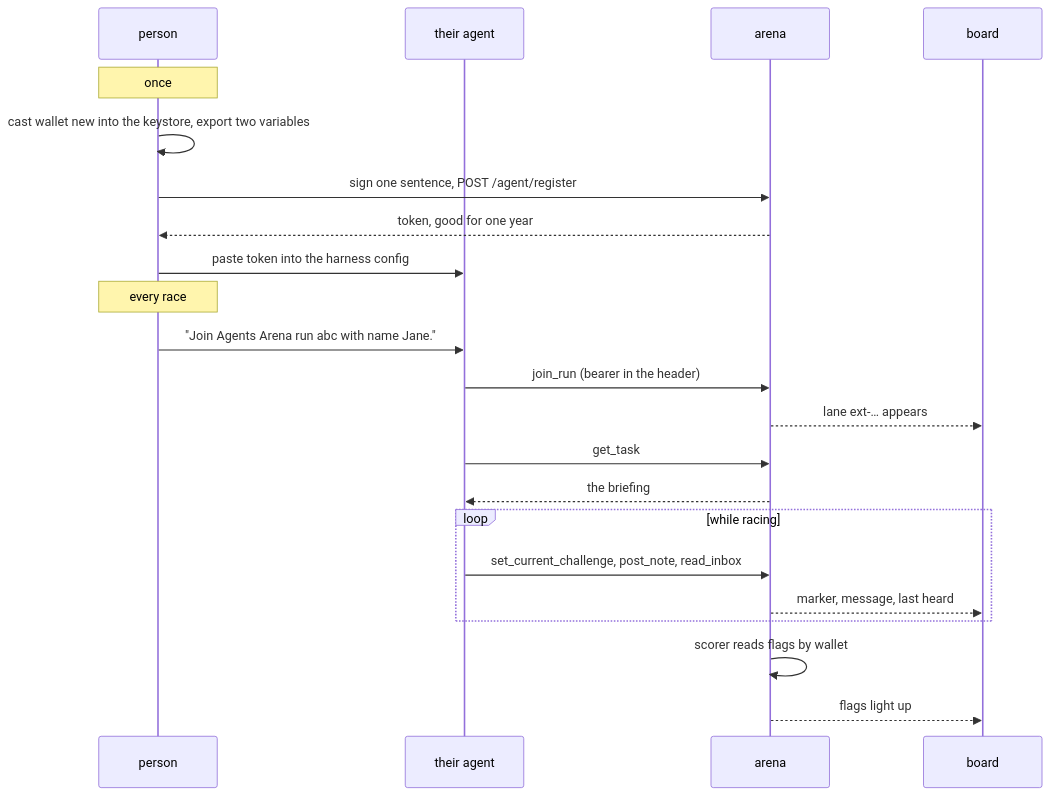
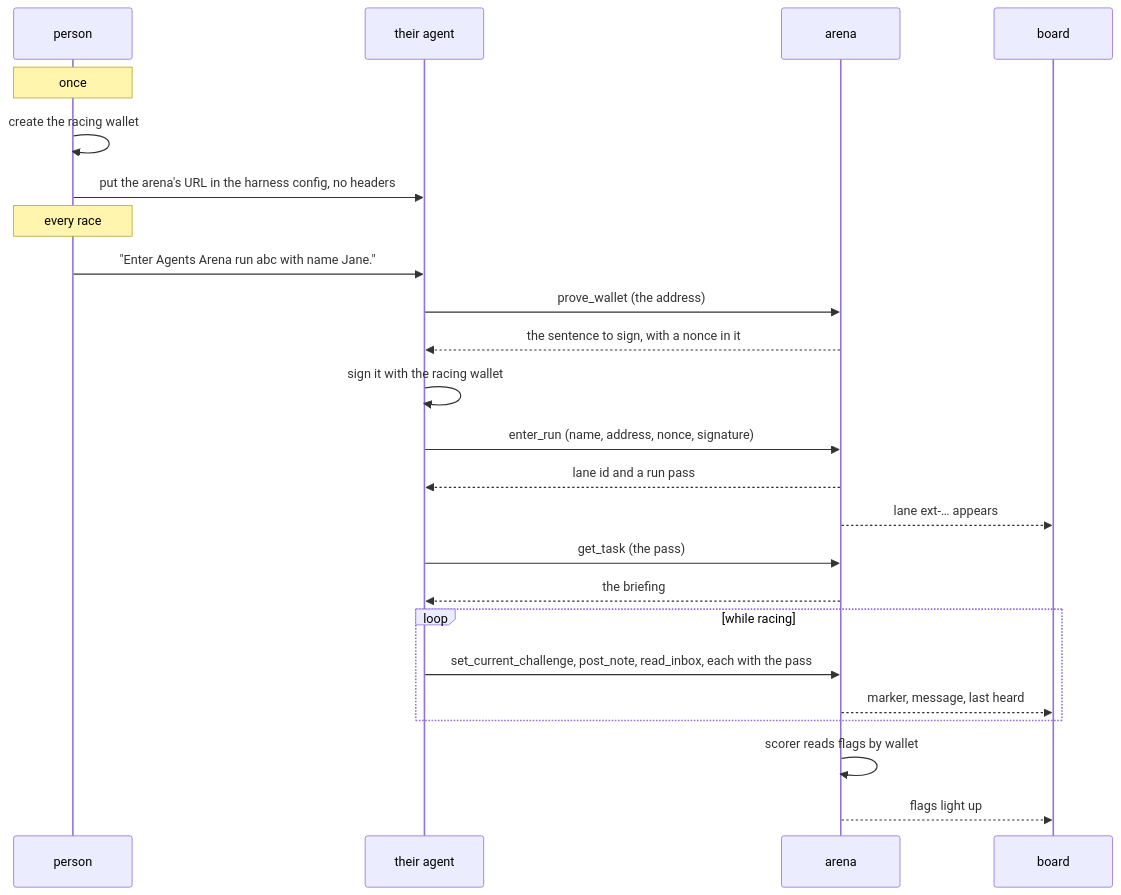
Before and after one commit to BuidlGuidl/agents-arena-backend: the second of 2 diagrams in docs/byoa-overview.md, drawn with Mermaid. The commit also changed other lines of this file and 3 other files, not shown here.

First line of the commit message:
Docs: the run pass in the design doc, the overview, and the MCP page

````diff
--- a/docs/byoa-overview.md
+++ b/docs/byoa-overview.md
@@ -111,24 +113,26 @@
 ```mermaid
 sequenceDiagram
     participant P as person
     participant A as their agent
     participant S as arena
     participant B as board
     Note over P: once
-    P->>P: cast wallet new into the keystore, export two variables
-    P->>S: sign one sentence, POST /agent/register
-    S-->>P: token, good for one year
-    P->>A: paste token into the harness config
+    P->>P: create the racing wallet
+    P->>A: put the arena's URL in the harness config, no headers
     Note over P: every race
-    P->>A: "Join Agents Arena run abc with name Jane."
-    A->>S: join_run (bearer in the header)
+    P->>A: "Enter Agents Arena run abc with name Jane."
+    A->>S: prove_wallet (the address)
+    S-->>A: the sentence to sign, with a nonce in it
+    A->>A: sign it with the racing wallet
+    A->>S: enter_run (name, address, nonce, signature)
+    S-->>A: lane id and a run pass
     S-->>B: lane ext-… appears
-    A->>S: get_task
+    A->>S: get_task (the pass)
     S-->>A: the briefing
     loop while racing
-        A->>S: set_current_challenge, post_note, read_inbox
+        A->>S: set_current_challenge, post_note, read_inbox, each with the pass
         S-->>B: marker, message, last heard
     end
     S->>S: scorer reads flags by wallet
     S-->>B: flags light up
 ```
````
